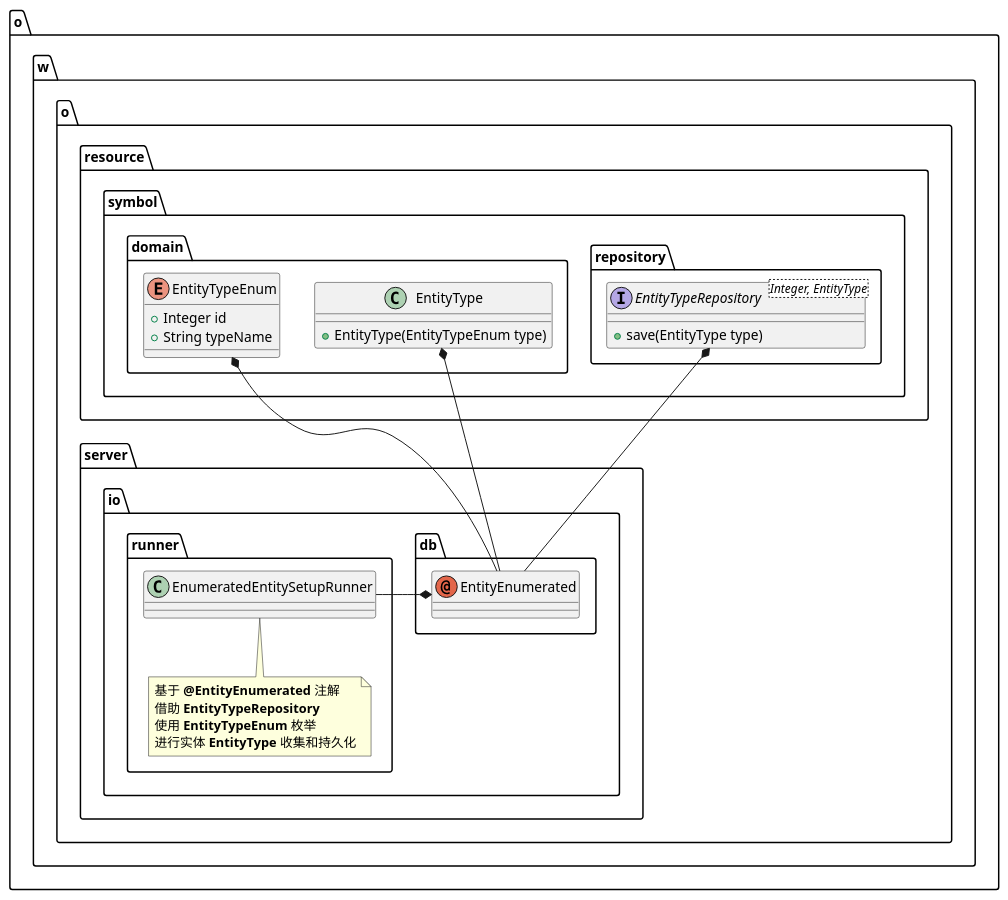
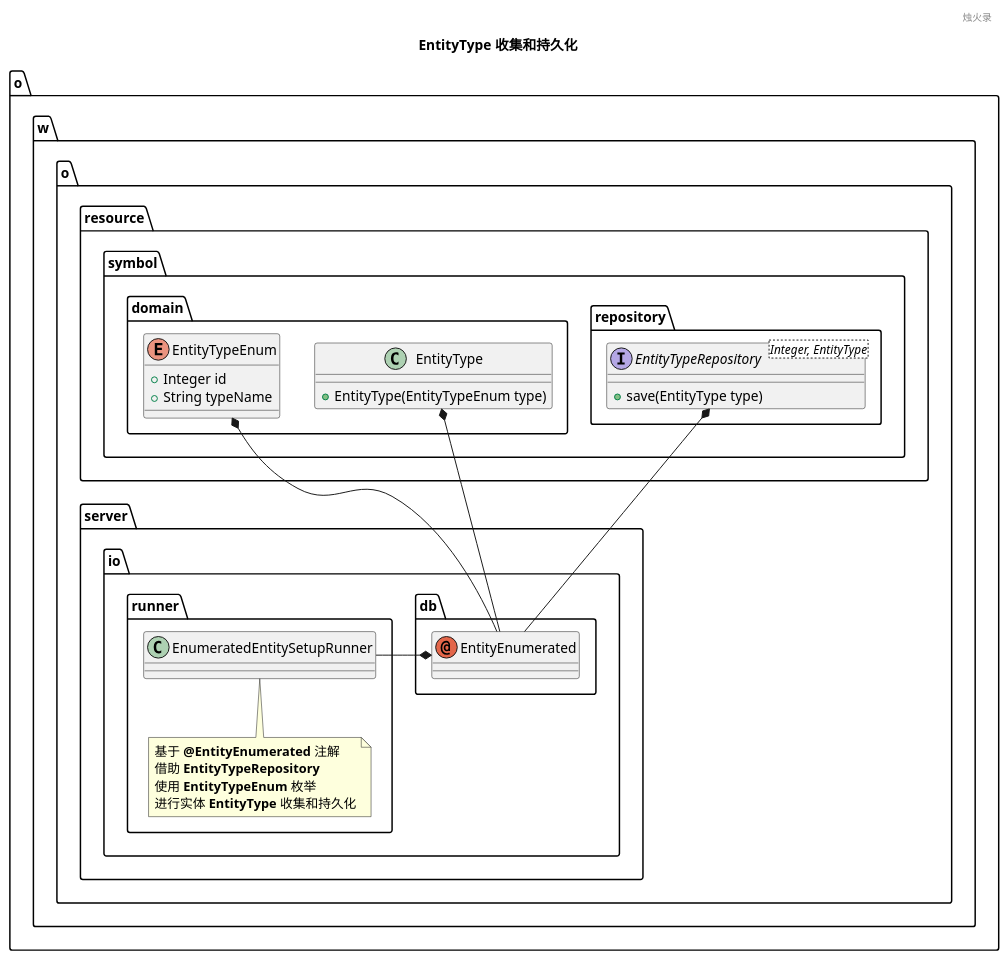
One commit to o-w-o/way changed the diagram in properties/data/diagrams/symbols/symbols--enum_type-serializer.puml. Above: the diagram before and after it, drawn with PlantUML. The commit also changed 5 other files, not shown here.

First line of the commit message:
feat($stack): :tada: Git 开发流程 时序图

```diff
--- a/properties/data/diagrams/symbols/symbols--enum_type-serializer.puml
+++ b/properties/data/diagrams/symbols/symbols--enum_type-serializer.puml
@@ -1,41 +1,42 @@
 @startuml
 
-
+header 烛火录
+title EntityType 收集和持久化
 
 package o.w.o.server.io.db {
-    annotation EntityEnumerated {}
+  annotation EntityEnumerated {}
 }
 
 package o.w.o.resource.symbol {
-    package repository {
-      interface EntityTypeRepository<Integer, EntityType> {
-        + save(EntityType type)
-      }
+  package repository {
+    interface EntityTypeRepository<Integer, EntityType> {
+      + save(EntityType type)
     }
+  }
 
-    package domain {
-      class EntityType {
-        + EntityType(EntityTypeEnum type)
-      }
-      enum EntityTypeEnum {
-        + Integer id
-        + String typeName
-      }
+  package domain {
+    class EntityType {
+      + EntityType(EntityTypeEnum type)
     }
+    enum EntityTypeEnum {
+      + Integer id
+      + String typeName
+    }
+  }
 }
 
 EntityType *-- EntityEnumerated
 EntityTypeRepository *-- EntityEnumerated
 EntityTypeEnum *-- EntityEnumerated
 
 package o.w.o.server.io.runner {
-    class EnumeratedEntitySetupRunner {}
-    note bottom of EnumeratedEntitySetupRunner
-      基于 <b>@EntityEnumerated</b> 注解
-      借助 <b>EntityTypeRepository</b>
-      使用 <b>EntityTypeEnum</b> 枚举
-      进行实体 <b>EntityType</b> 收集和持久化
-    end note
+  class EnumeratedEntitySetupRunner {}
+  note bottom of EnumeratedEntitySetupRunner
+    基于 <b>@EntityEnumerated</b> 注解
+    借助 <b>EntityTypeRepository</b>
+    使用 <b>EntityTypeEnum</b> 枚举
+    进行实体 <b>EntityType</b> 收集和持久化
+  end note
 }
 EnumeratedEntitySetupRunner -right--* EntityEnumerated
 @enduml
```
